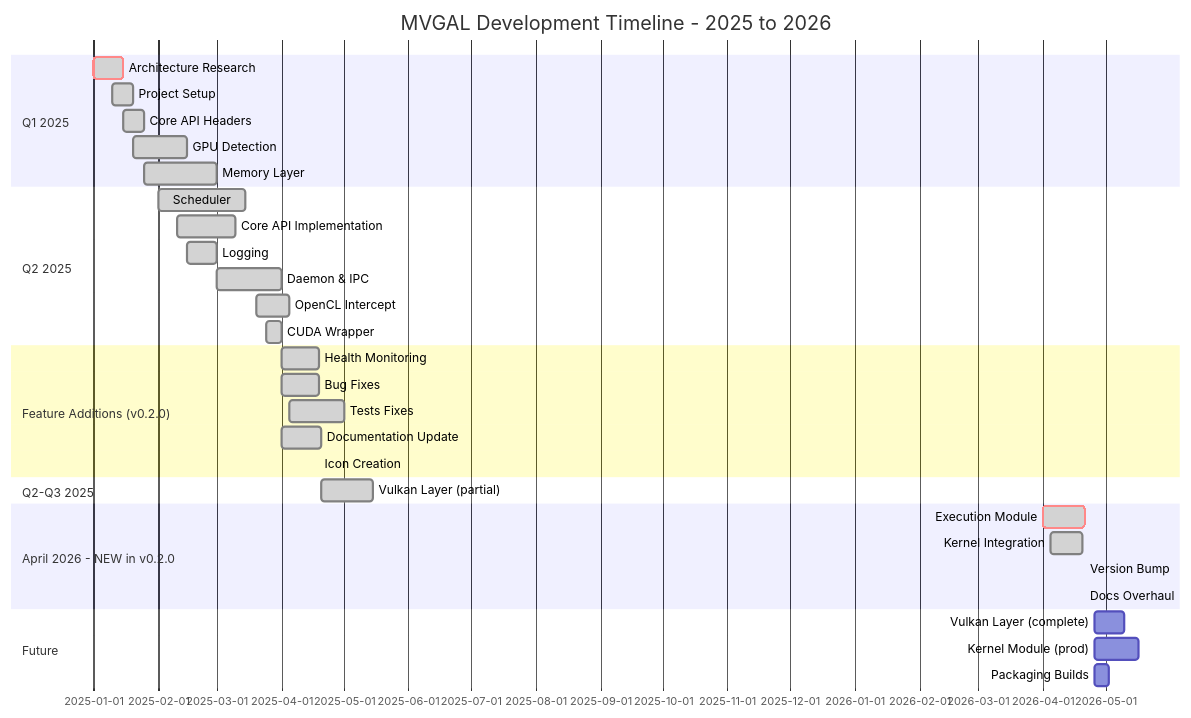
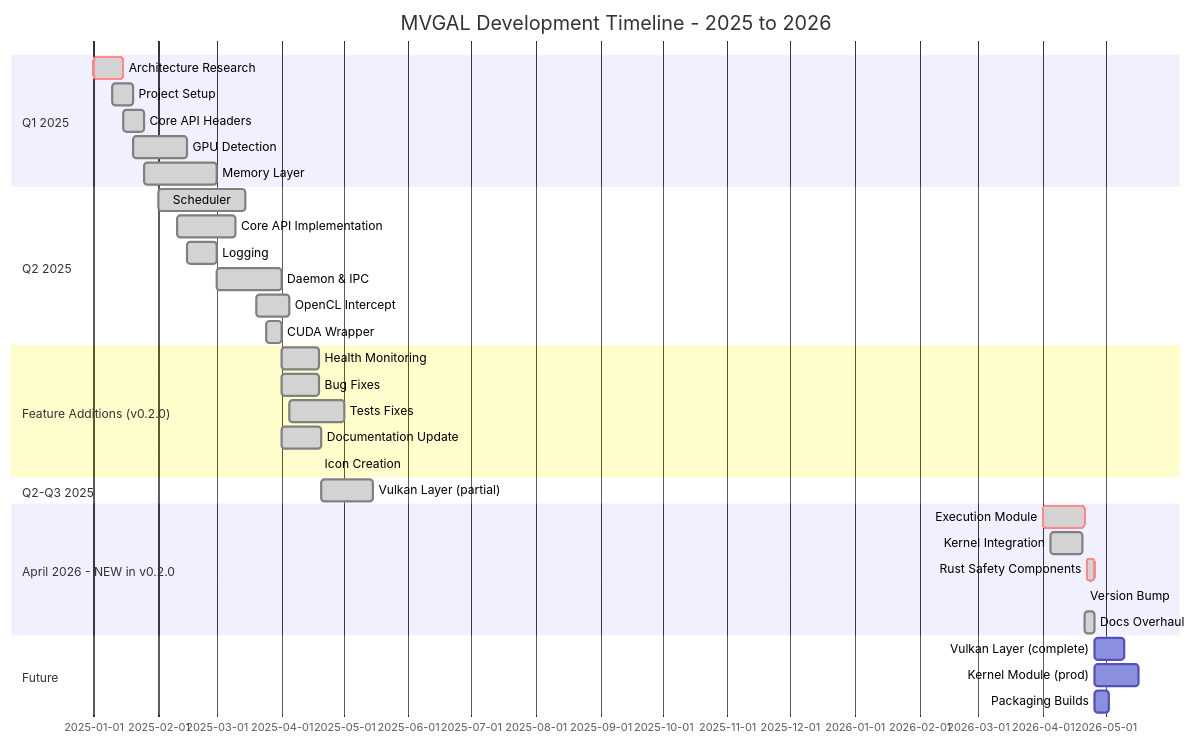
The first of 6 diagrams in docs/CHANGES_2025.md (TheCreateGM/mvgal), drawn with Mermaid before and after one commit. The commit also changed other lines of this file and 251 other files, not shown here.

````diff
--- a/docs/CHANGES_2025.md
+++ b/docs/CHANGES_2025.md
@@ -17,41 +17,42 @@
 ```mermaid
 gantt
     title MVGAL Development Timeline - 2025 to 2026
     dateFormat  YYYY-MM-DD
     
     section Q1 2025
     Architecture Research      :done, crit, 2025-01-01, 2025-01-15
     Project Setup             :done, high, 2025-01-10, 2025-01-20
     Core API Headers          :done, high, 2025-01-15, 2025-01-25
     GPU Detection             :done, high, 2025-01-20, 2025-02-15
     Memory Layer              :done, high, 2025-01-25, 2025-03-01
     
     section Q2 2025
     Scheduler                 :done, high, 2025-02-01, 2025-03-15
     Core API Implementation   :done, high, 2025-02-10, 2025-03-10
     Logging                  :done, high, 2025-02-15, 2025-03-01
     Daemon & IPC             :done, high, 2025-03-01, 2025-04-01
     OpenCL Intercept         :done, high, 2025-03-20, 2025-04-05
     CUDA Wrapper             :done, high, 2025-03-25, 2025-04-01
     
     section Feature Additions (v0.2.0)
     Health Monitoring        :done, high, 2025-04-01, 2025-04-19
     Bug Fixes                :done, high, 2025-04-01, 2025-04-19
     Tests Fixes              :done, high, 2025-04-05, 2025-05-01
     Documentation Update      :done, med, 2025-04-01, 2025-04-20
     Icon Creation            :done, med, 2025-04-19, 2025-04-19
     
     section Q2-Q3 2025
     Vulkan Layer (partial)   :done, med, 2025-04-20, 2025-05-15
     
     section April 2026 - NEW in v0.2.0
     Execution Module         :done, crit, 2026-04-01, 2026-04-21
     Kernel Integration       :done, high, 2026-04-05, 2026-04-20
+    Rust Safety Components   :done, crit, 2026-04-22, 2026-04-26
     Version Bump             :done, med, 2026-04-21, 2026-04-21
-    Docs Overhaul            :active, med, 2026-04-21, 2026-04-21
+    Docs Overhaul            :done, med, 2026-04-21, 2026-04-26
     
     section Future
     Vulkan Layer (complete)  :      high, after 2026-04-21, 14d
     Kernel Module (prod)     :      low, after 2026-06-01, 21d
     Packaging Builds         :      med, after 2026-05-01, 7d
 ```
````
